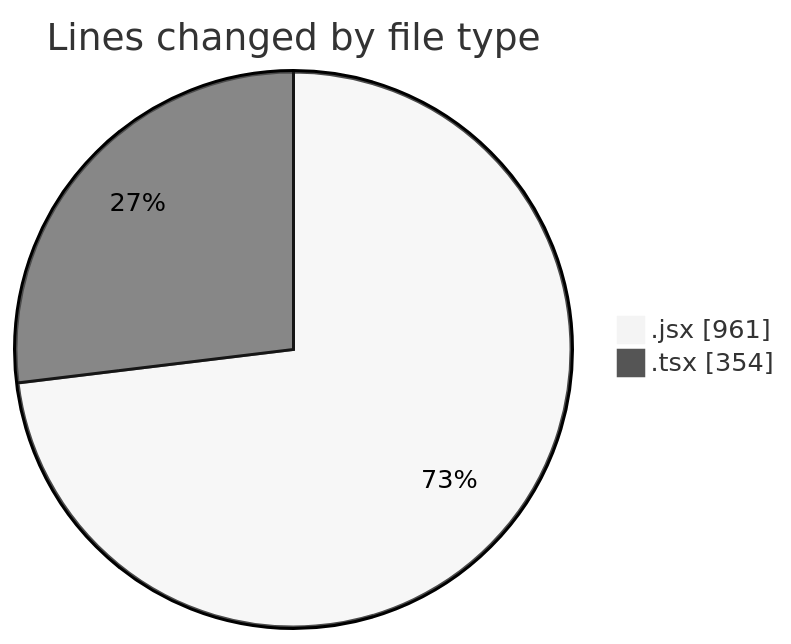
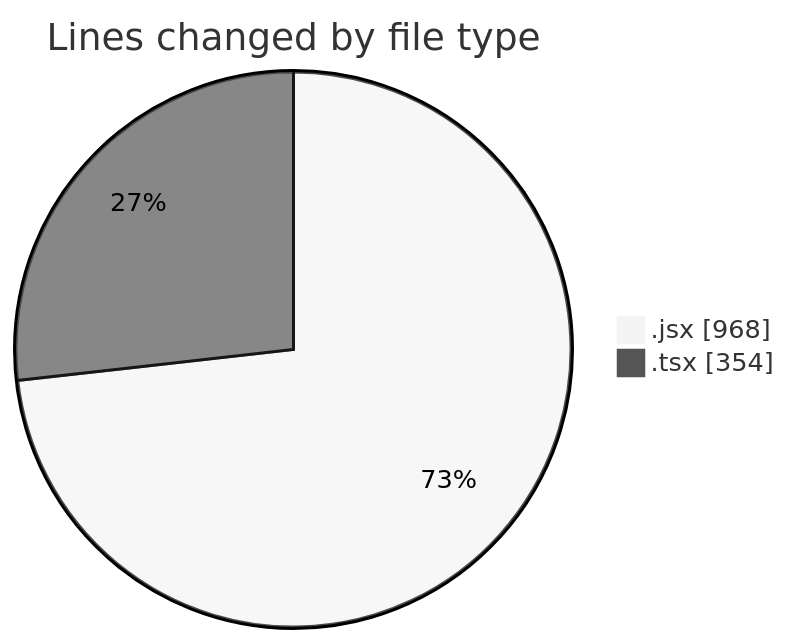
The first of 2 diagrams in 2026-02-16/cda/README.md (momahboobian/code-tracking), drawn with Mermaid (neutral theme) before and after one commit. The commit also changed other lines of this file and 1 other file, not shown here.

````diff
--- a/2026-02-16/cda/README.md
+++ b/2026-02-16/cda/README.md
@@ -25,6 +25,6 @@
 ```mermaid
 pie showData
 title Lines changed by file type
-".jsx" : 961
+".jsx" : 968
 ".tsx" : 354
 ```
````
